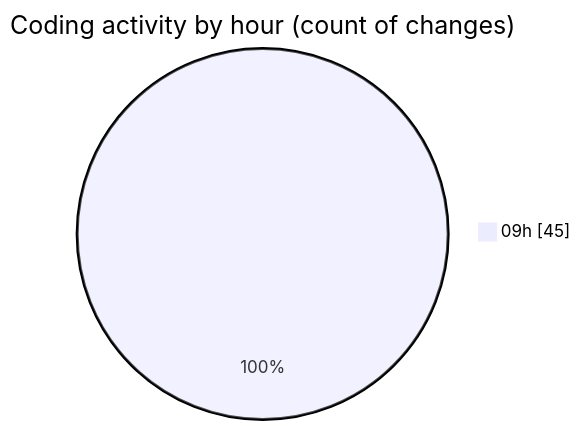
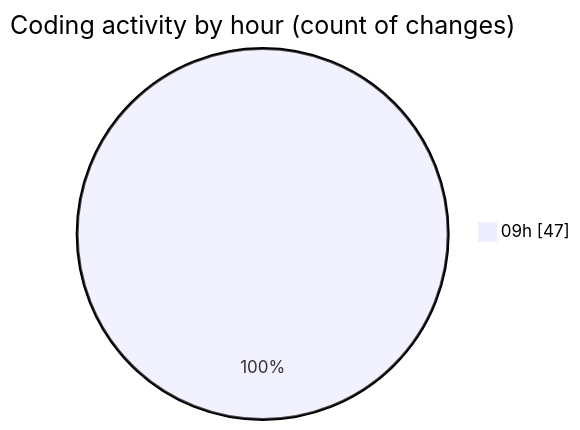
One commit to momahboobian/code-tracking changed the second of 2 diagrams in 2025-09-19/cda/README.md. Above: the diagram before and after it, drawn with Mermaid. The commit also changed other lines of this file and 1 other file, not shown here.

````diff
--- a/2025-09-19/cda/README.md
+++ b/2025-09-19/cda/README.md
@@ -30,5 +30,5 @@
 ```mermaid
 pie showData
 title Coding activity by hour (count of changes)
-"09h" : 45
+"09h" : 47
 ```
````
